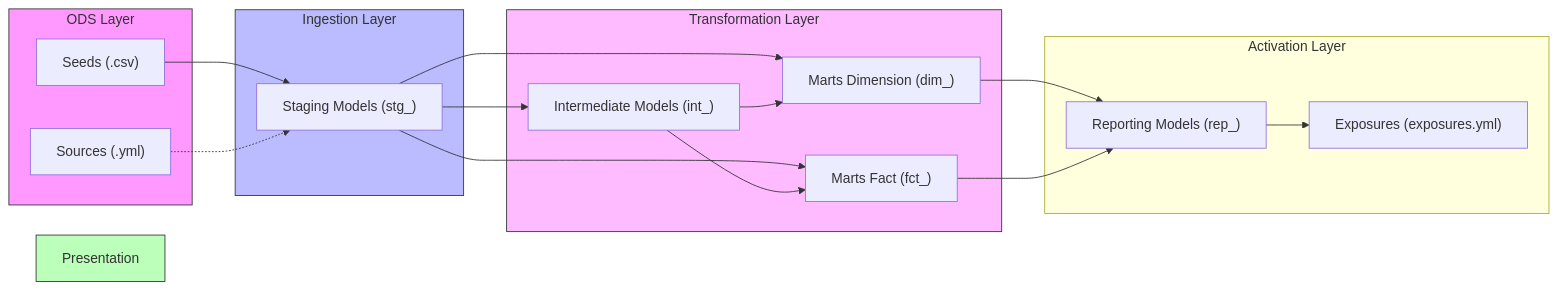
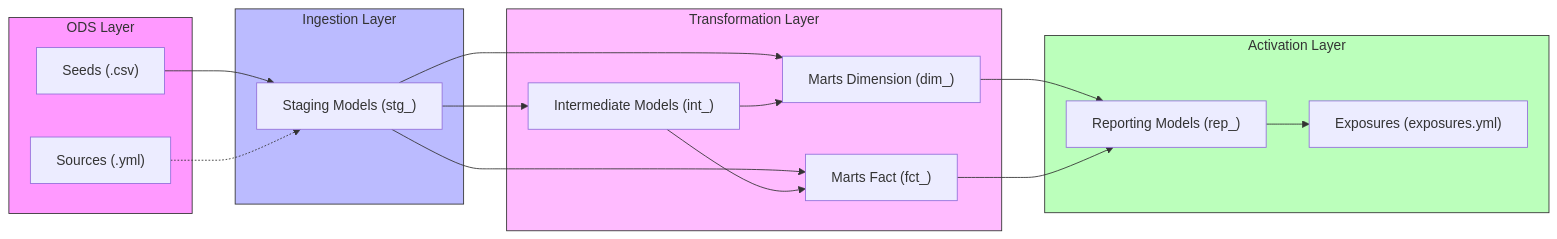
One commit to davnnis2003/dbt_enpal_assessment changed the diagram in README.md. Above: the diagram before and after it, drawn with Mermaid.

Commit message:
docs: rename Presentation layer to Activation in architecture diagram

````diff
--- a/README.md
+++ b/README.md
@@ -51,38 +51,38 @@
 ```mermaid
 graph LR
     subgraph ODS ["ODS Layer"]
         Seeds["Seeds (.csv)"]
         Sources["Sources (.yml)"]
     end
 
     subgraph Ingestion ["Ingestion Layer"]
         Staging["Staging Models (stg_)"]
     end
 
     subgraph Transformation ["Transformation Layer"]
         Intermediate["Intermediate Models (int_)"]
         MartsDim["Marts Dimension (dim_)"]
         MartsFct["Marts Fact (fct_)"]
     end
 
     subgraph Activation ["Activation Layer"]
         Reporting["Reporting Models (rep_)"]
         Exposures["Exposures (exposures.yml)"]
     end
 
     Seeds --> Staging
     Sources -.-> Staging
     Staging --> Intermediate
     Staging --> MartsDim
     Staging --> MartsFct
     Intermediate --> MartsDim
     Intermediate --> MartsFct
     MartsDim --> Reporting
     MartsFct --> Reporting
     Reporting --> Exposures
     
     style ODS fill:#f9f,stroke:#333,stroke-width:1px
     style Ingestion fill:#bbf,stroke:#333,stroke-width:1px
     style Transformation fill:#fbf,stroke:#333,stroke-width:1px
-    style Presentation fill:#bfb,stroke:#333,stroke-width:1px
+    style Activation fill:#bfb,stroke:#333,stroke-width:1px
 ```
````
